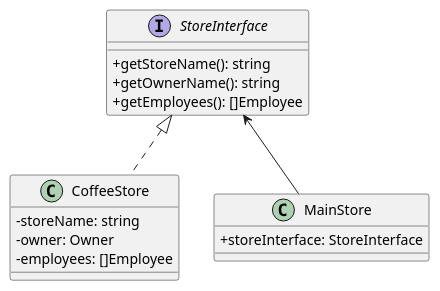
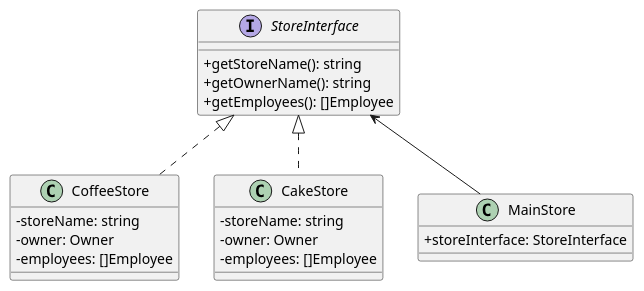
One commit to muhammadrivaldy/all-about-tech changed the diagram in class_diagram/docs/dependency.puml. Above: the diagram before and after it, drawn with PlantUML. The commit also changed 7 other files, not shown here.

Commit message:
Update the example of class diagram

```diff
--- a/class_diagram/docs/dependency.puml
+++ b/class_diagram/docs/dependency.puml
@@ -1,23 +1,29 @@
 @startuml Dependency
 
 skinparam classAttributeIconSize 0
 
 interface StoreInterface {
     + getStoreName(): string
     + getOwnerName(): string
     + getEmployees(): []Employee
 }
 
 class CoffeeStore implements StoreInterface {
     - storeName: string
     - owner: Owner
     - employees: []Employee
 }
 
+class CakeStore implements StoreInterface {
+    - storeName: string
+    - owner: Owner
+    - employees: []Employee
+}
+
 class MainStore {
     + storeInterface: StoreInterface
 }
 
 StoreInterface <-- MainStore
 
 @enduml
```
